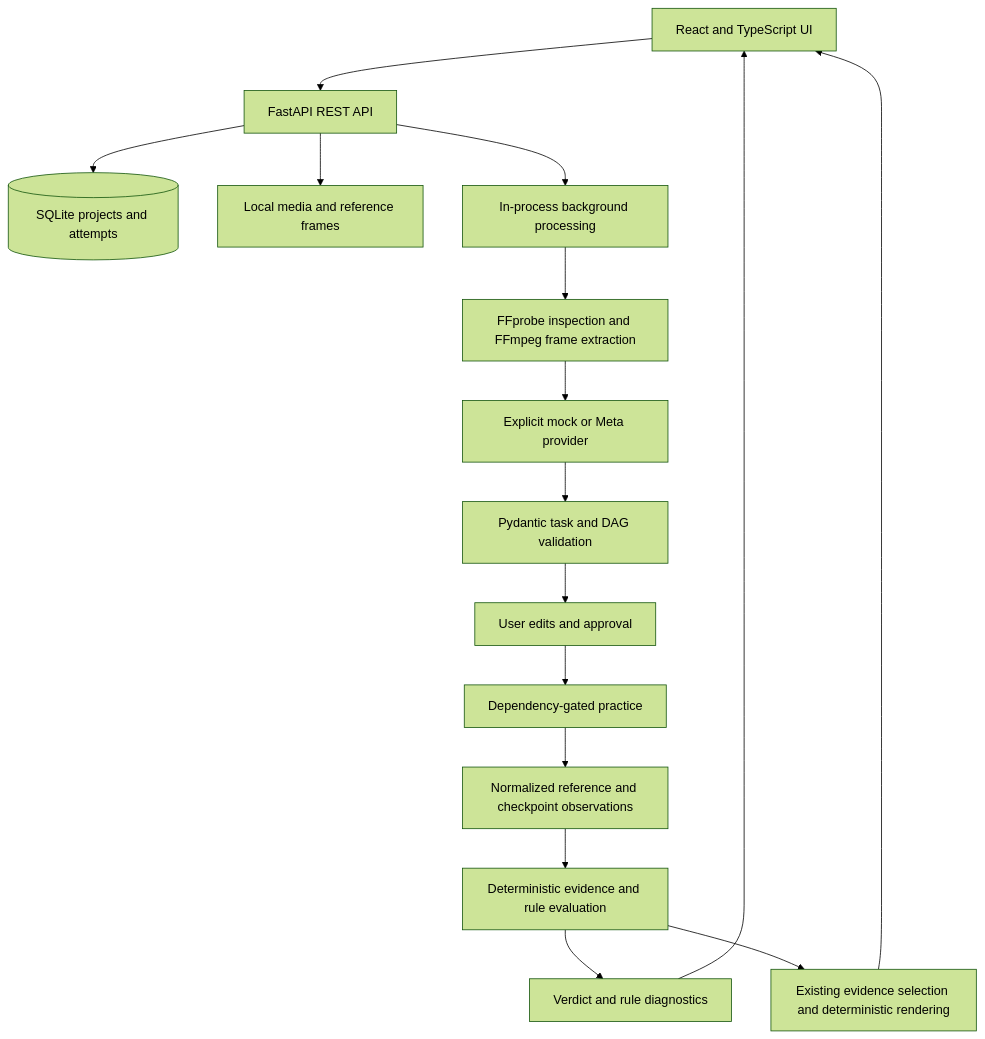
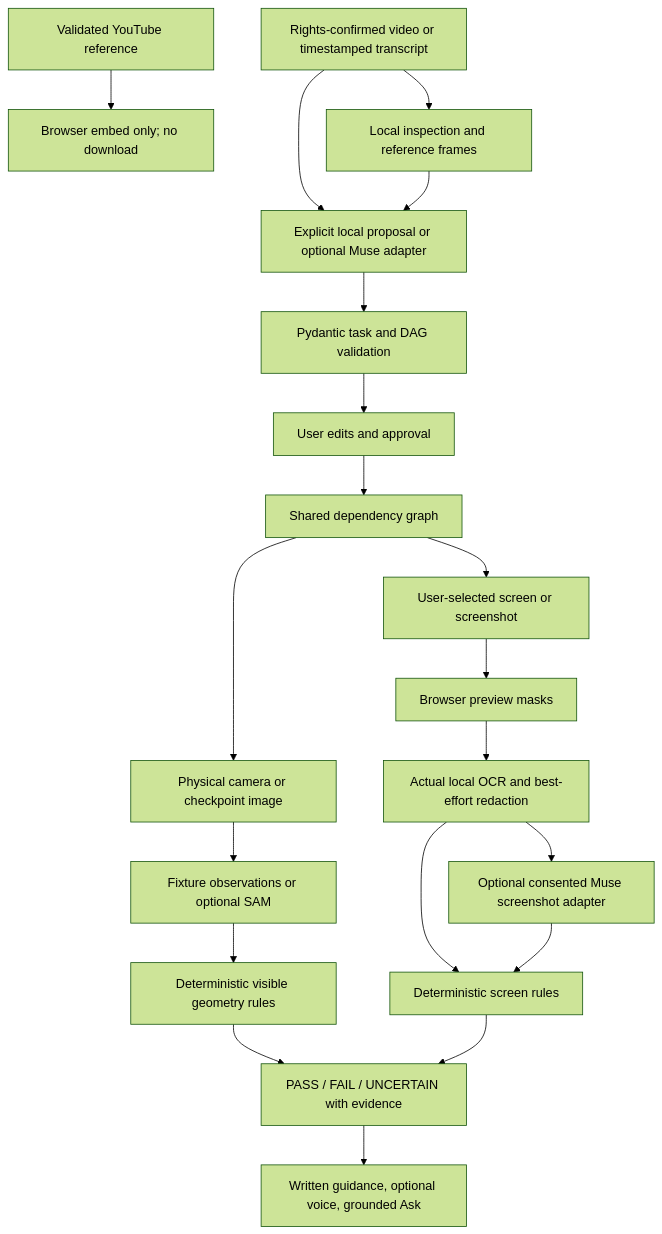
The diagram in docs/architecture.md (jarvis0626/ReplayLab), drawn with Mermaid (forest theme) before and after one commit. The commit also changed other lines of this file and 24 other files, not shown here.

Commit message:
feat: add live screen coaching and interactive digital tutorial studio

````diff
--- a/docs/architecture.md
+++ b/docs/architecture.md
@@ -16,18 +11,22 @@
 ```mermaid
 flowchart TD
-    UI[React and TypeScript UI] --> API[FastAPI REST API]
-    API --> DB[(SQLite projects and attempts)]
-    API --> Media[Local media and reference frames]
-    API --> Jobs[In-process background processing]
-    Jobs --> Video[FFprobe inspection and FFmpeg frame extraction]
-    Video --> Provider[Explicit mock or Meta provider]
-    Provider --> Task[Pydantic task and DAG validation]
-    Task --> Review[User edits and approval]
-    Review --> Practice[Dependency-gated practice]
-    Practice --> Observation[Normalized reference and checkpoint observations]
-    Observation --> Verify[Deterministic evidence and rule evaluation]
-    Verify --> Result[Verdict and rule diagnostics]
-    Result --> UI
-    Verify --> Explain[Existing evidence selection and deterministic rendering]
-    Explain --> UI
+    Source[Rights-confirmed video or timestamped transcript] --> Proposal[Explicit local proposal or optional Muse adapter]
+    YouTube[Validated YouTube reference] --> Embed[Browser embed only; no download]
+    Source --> Media[Local inspection and reference frames]
+    Media --> Proposal
+    Proposal --> Schema[Pydantic task and DAG validation]
+    Schema --> Review[User edits and approval]
+    Review --> Graph[Shared dependency graph]
+    Graph --> Camera[Physical camera or checkpoint image]
+    Graph --> Screen[User-selected screen or screenshot]
+    Camera --> Objects[Fixture observations or optional SAM]
+    Objects --> Physical[Deterministic visible geometry rules]
+    Screen --> Mask[Browser preview masks]
+    Mask --> OCR[Actual local OCR and best-effort redaction]
+    OCR --> Digital[Deterministic screen rules]
+    OCR --> Muse[Optional consented Muse screenshot adapter]
+    Muse --> Digital
+    Physical --> Result[PASS / FAIL / UNCERTAIN with evidence]
+    Digital --> Result
+    Result --> Guidance[Written guidance, optional voice, grounded Ask]
 ```
````
